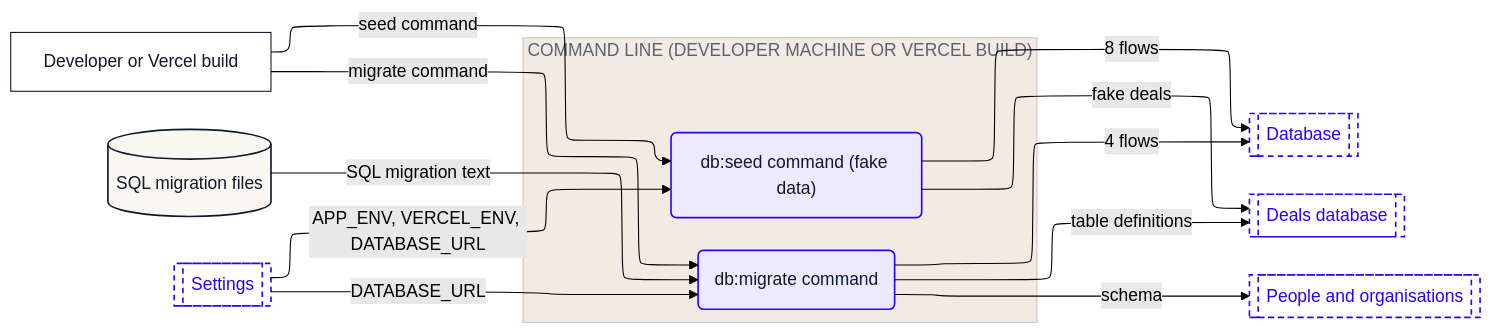
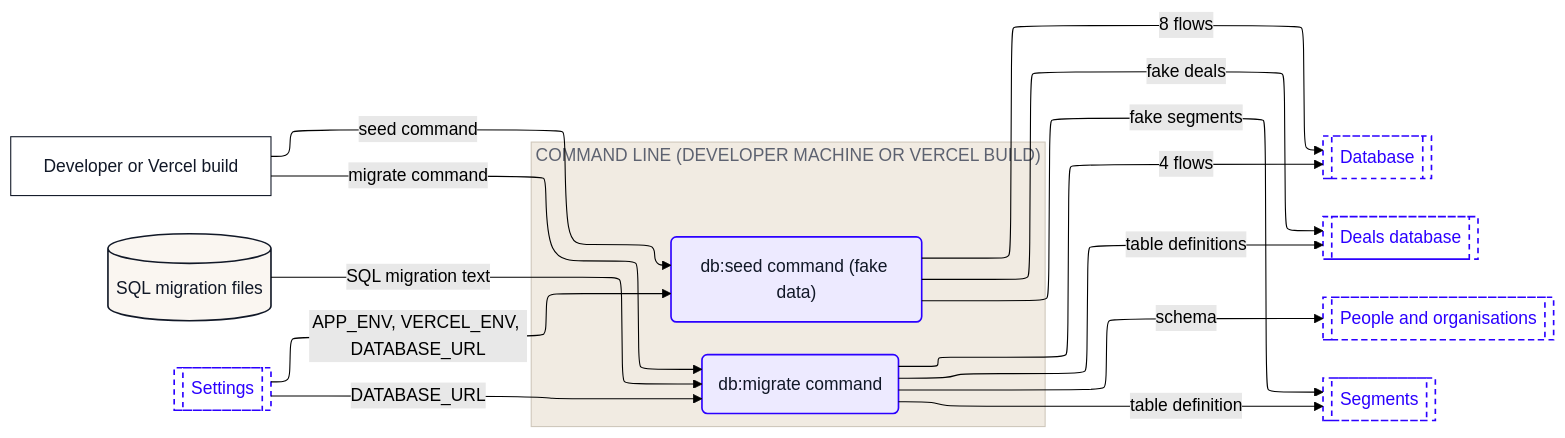
Before and after one commit to Romain-Perche/Barnacle-Pipe: the fourth of 12 diagrams in dataflow/DATAFLOW.md, drawn with Mermaid (forest theme). The commit also changed other lines of this file and 8 other files, not shown here.

````diff
--- a/dataflow/DATAFLOW.md
+++ b/dataflow/DATAFLOW.md
@@ -255,38 +265,41 @@
 ```mermaid
 ---
 config:
   layout: elk
 ---
 flowchart LR
     n1["Developer or Vercel build"]
     n2[("SQL migration files")]
     subgraph z1["COMMAND LINE (DEVELOPER MACHINE OR VERCEL BUILD)"]
         n3("db:migrate command")
         n4("db:seed command (fake data)")
     end
     n5[["Database"]]
     n6[["Deals database"]]
     n7[["People and organisations"]]
-    n8[["Settings"]]
+    n8[["Segments"]]
+    n9[["Settings"]]
     n1 -->|"migrate command"| n3
     n1 -->|"seed command"| n4
-    n8 -->|"DATABASE_URL"| n3
-    n8 -->|"APP_ENV, VERCEL_ENV, DATABASE_URL"| n4
+    n9 -->|"DATABASE_URL"| n3
+    n9 -->|"APP_ENV, VERCEL_ENV, DATABASE_URL"| n4
     n3 -->|"4 flows"| n5
     n3 -->|"table definitions"| n6
     n3 -->|"schema"| n7
+    n3 -->|"table definition"| n8
     n2 -->|"SQL migration text"| n3
     n4 -->|"8 flows"| n5
     n4 -->|"fake deals"| n6
+    n4 -->|"fake segments"| n8
     classDef actor fill:#FFFFFF,stroke:#111827,stroke-width:1px,color:#111827
     classDef process fill:#EDEAFF,stroke:#2B00FF,stroke-width:1.5px,color:#111827
     classDef store fill:#FAF6F1,stroke:#111827,stroke-width:1.5px,color:#111827
     classDef zone fill:#1A1A1A,stroke:#1A1A1A,color:#FFFFFF
     classDef group fill:#2B00FF,stroke:#2B00FF,color:#FFFFFF
     classDef stub fill:#FFFFFF,stroke:#2B00FF,stroke-width:1.5px,stroke-dasharray:5 4,color:#2B00FF
     class n1 actor
     class n3,n4 process
     class n2 store
-    class n5,n6,n7,n8 stub
+    class n5,n6,n7,n8,n9 stub
     style z1 fill:#F1EBE2,stroke:#CFC7BB,color:#5D6270
 ```
````
